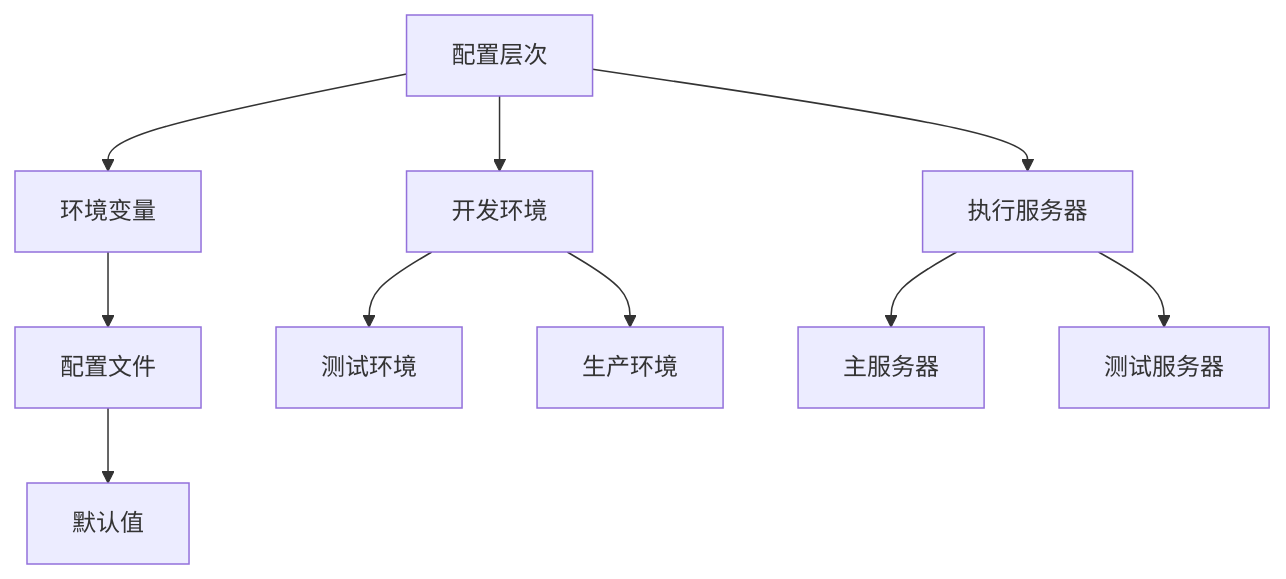
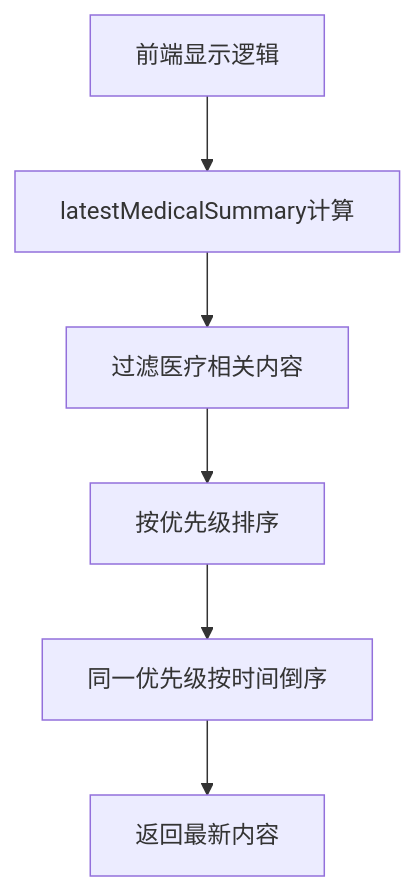
The third of 3 diagrams in .qoder/repowiki/zh/content/Update Summary/Update Summary.md (liuzh2008/med_ai_assistant_workspace), drawn with Mermaid before and after one commit. The commit also changed other lines of this file and 14 other files, not shown here.

````diff
--- a/.qoder/repowiki/zh/content/Update Summary/Update Summary.md
+++ b/.qoder/repowiki/zh/content/Update Summary/Update Summary.md
@@ -439,12 +372,8 @@
 ```mermaid
-graph TB
-A[配置层次] --> B[环境变量]
-B --> C[配置文件]
-C --> D[默认值]
-A --> E[开发环境]
-E --> F[测试环境]
-E --> G[生产环境]
-A --> H[执行服务器]
-H --> I[主服务器]
-H --> J[测试服务器]
+graph TD
+H[前端显示逻辑] --> I[latestMedicalSummary计算]
+I --> J[过滤医疗相关内容]
+J --> K[按优先级排序]
+K --> L[同一优先级按时间倒序]
+L --> M[返回最新内容]
 ```
````
